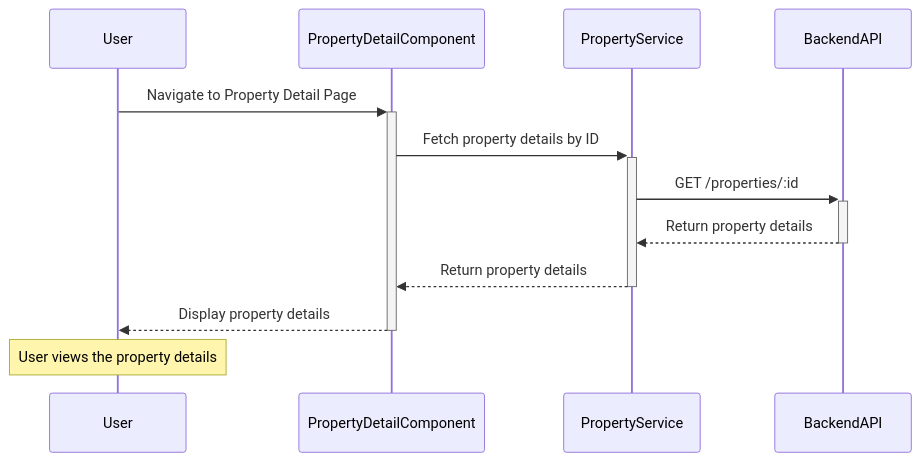
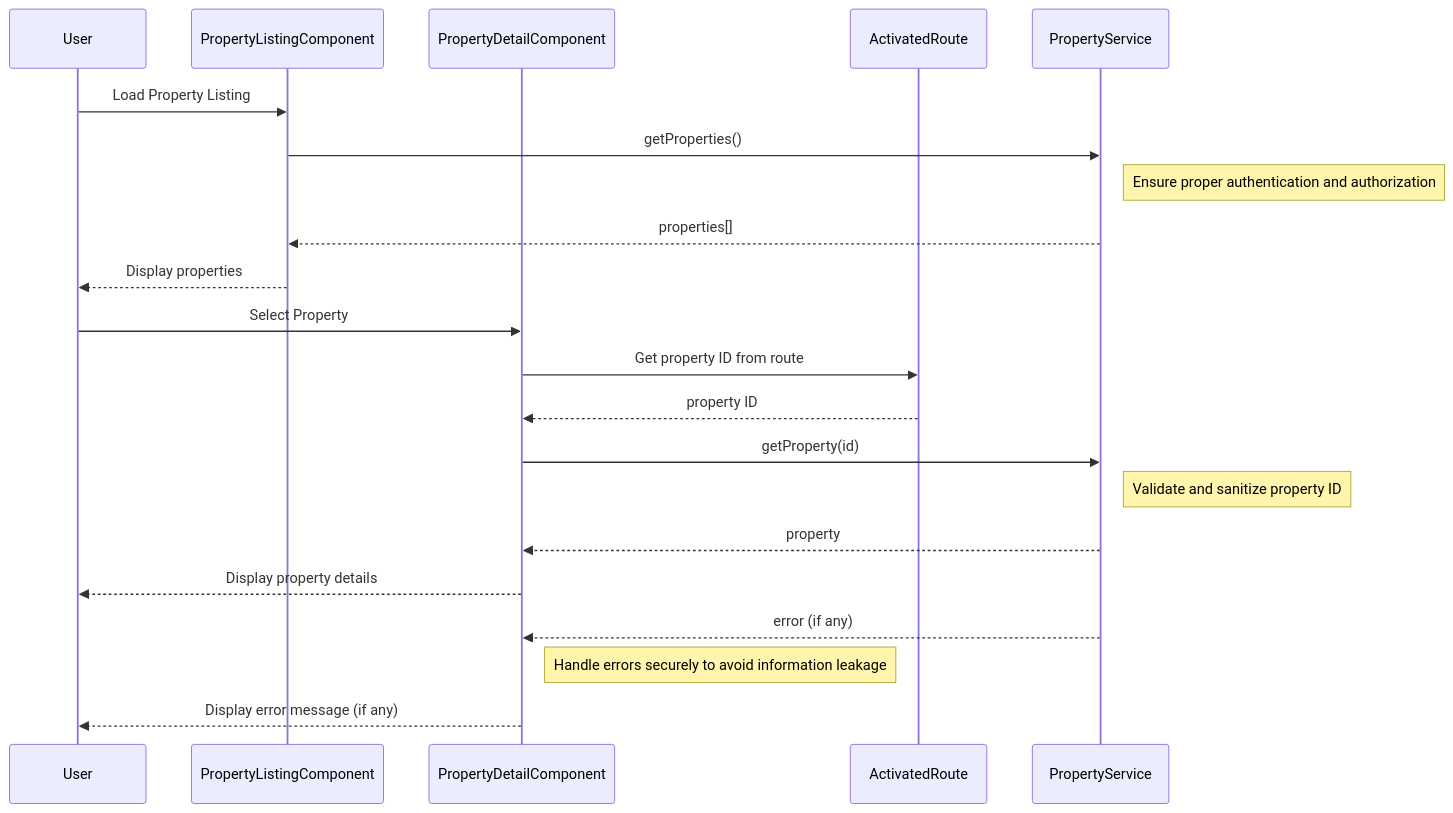
The diagram in README.md (Gowthami0901/presentation), drawn with Mermaid before and after one commit.

````diff
--- a/README.md
+++ b/README.md
@@ -2,15 +1,25 @@
 ```mermaid
 sequenceDiagram
     participant User
+    participant PropertyListingComponent
     participant PropertyDetailComponent
+    participant ActivatedRoute
     participant PropertyService
-    participant BackendAPI
 
-    User->>+PropertyDetailComponent: Navigate to Property Detail Page
-    PropertyDetailComponent->>+PropertyService: Fetch property details by ID
-    PropertyService->>+BackendAPI: GET /properties/:id
-    BackendAPI-->>-PropertyService: Return property details
-    PropertyService-->>-PropertyDetailComponent: Return property details
-    PropertyDetailComponent-->>-User: Display property details
-    Note over User: User views the property details
+    User->>PropertyListingComponent: Load Property Listing
+    PropertyListingComponent->>PropertyService: getProperties()
+    Note right of PropertyService: Ensure proper authentication and authorization
+    PropertyService-->>PropertyListingComponent: properties[]
+    PropertyListingComponent-->>User: Display properties
+
+    User->>PropertyDetailComponent: Select Property
+    PropertyDetailComponent->>ActivatedRoute: Get property ID from route
+    ActivatedRoute-->>PropertyDetailComponent: property ID
+    PropertyDetailComponent->>PropertyService: getProperty(id)
+    Note right of PropertyService: Validate and sanitize property ID
+    PropertyService-->>PropertyDetailComponent: property
+    PropertyDetailComponent-->>User: Display property details
+    PropertyService-->>PropertyDetailComponent: error (if any)
+    Note right of PropertyDetailComponent: Handle errors securely to avoid information leakage
+    PropertyDetailComponent-->>User: Display error message (if any)
 ```
````
